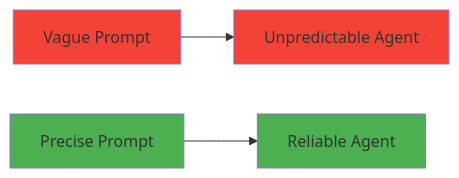
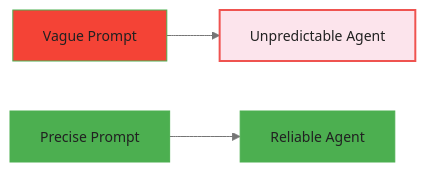
The first of 5 diagrams in courses/agentic-ai-llms/modules/module_01/guides/01_system_prompts_slides.md (m-deane/course-creator), drawn with Mermaid before and after one commit. The commit also changed other lines of this file and 115 other files, not shown here.

````diff
--- a/courses/agentic-ai-llms/modules/module_01/guides/01_system_prompts_slides.md
+++ b/courses/agentic-ai-llms/modules/module_01/guides/01_system_prompts_slides.md
@@ -35,9 +39,10 @@
 ```mermaid
+%%{init: {"theme": "base", "themeVariables": {"primaryColor": "#e8f5e9", "primaryBorderColor": "#4caf50", "primaryTextColor": "#212121", "secondaryColor": "#e3f2fd", "tertiaryColor": "#fff8e1", "lineColor": "#757575", "fontFamily": "Inter, sans-serif", "fontSize": "14px"}}}%%
 graph LR
     A["Vague Prompt"] --> B["Unpredictable Agent"]
     C["Precise Prompt"] --> D["Reliable Agent"]
     style A fill:#F44336
-    style B fill:#F44336
+    style B fill:#fce4ec,stroke:#ef5350,stroke-width:2px
     style C fill:#4CAF50
     style D fill:#4CAF50
 ```
````
